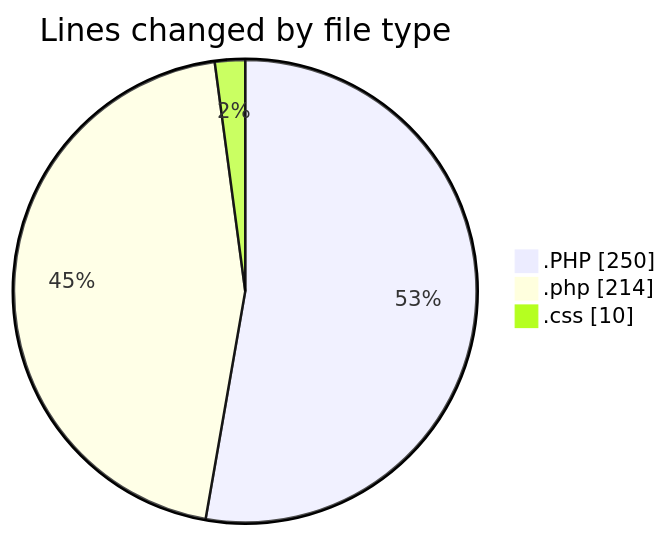
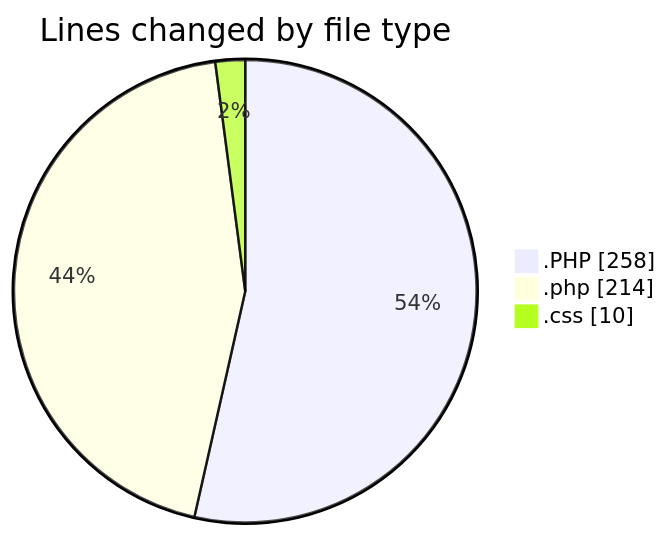
Before and after one commit to LanceThiago/code-tracking: the first of 2 diagrams in 2025-05-15/jogo/README.md, drawn with Mermaid. The commit also changed other lines of this file and 1 other file, not shown here.

````diff
--- a/2025-05-15/jogo/README.md
+++ b/2025-05-15/jogo/README.md
@@ -22,7 +22,7 @@
 ```mermaid
 pie showData
 title Lines changed by file type
-".PHP" : 250
+".PHP" : 258
 ".php" : 214
 ".css" : 10
 ```
````
